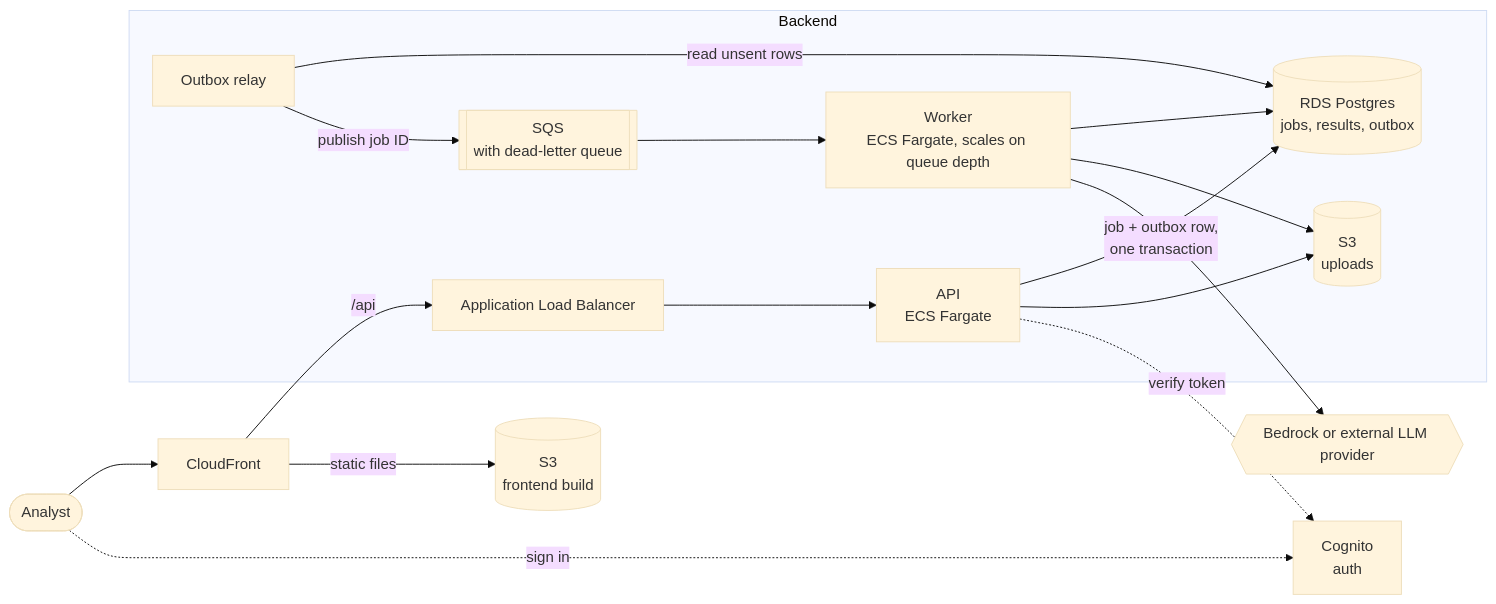
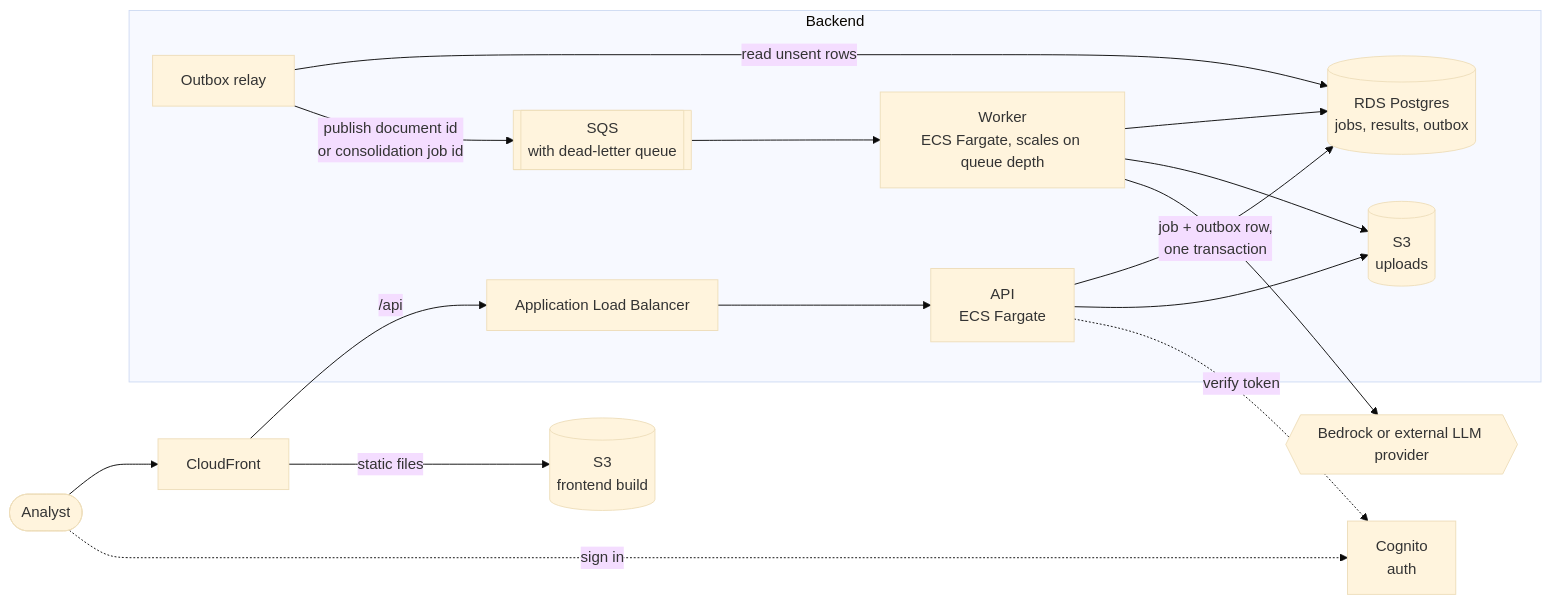
One commit to nc1z/doc-insight changed the second of 13 diagrams in context/architecture.md. Above: the diagram before and after it, drawn with Mermaid (base theme). The commit also changed other lines of this file and 2 other files, not shown here.

Commit message:
docs: one task per document for better scalability, concurrent processing and failure isolation

````diff
--- a/context/architecture.md
+++ b/context/architecture.md
@@ -36,21 +36,21 @@
 ```mermaid
 flowchart LR
     Analyst([Analyst]) --> CF[CloudFront]
     CF -- "static files" --> Static[(S3<br/>frontend build)]
     CF -- "/api" --> ALB[Application Load Balancer]
     Analyst -. "sign in" .-> Cognito[Cognito<br/>auth]
 
     subgraph Backend
         ALB --> API[API<br/>ECS Fargate]
         API -- "job + outbox row,<br/>one transaction" --> DB[(RDS Postgres<br/>jobs, results, outbox)]
         API --> Files[(S3<br/>uploads)]
         Relay[Outbox relay] -- "read unsent rows" --> DB
-        Relay -- "publish job ID" --> SQS[[SQS<br/>with dead-letter queue]]
+        Relay -- "publish document id<br/>or consolidation job id" --> SQS[[SQS<br/>with dead-letter queue]]
         SQS --> Worker[Worker<br/>ECS Fargate, scales on queue depth]
         Worker --> DB
         Worker --> Files
     end
 
     API -. "verify token" .-> Cognito
     Worker --> LLM{{Bedrock or external LLM provider}}
 ```
````
